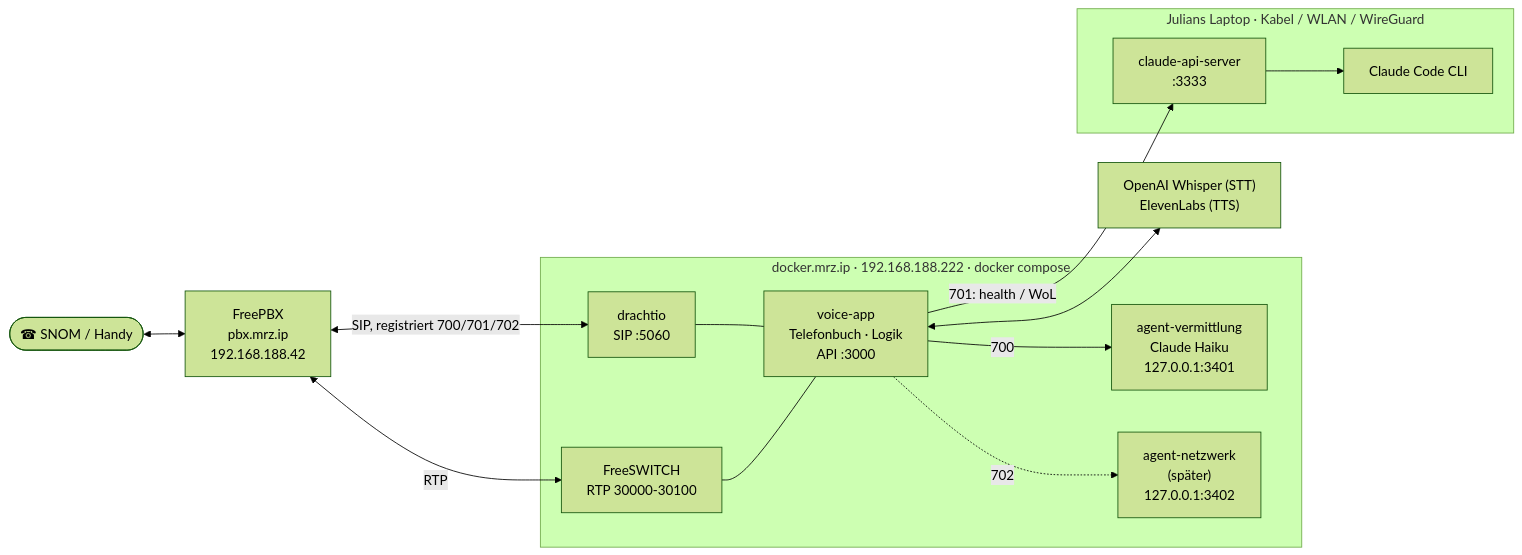
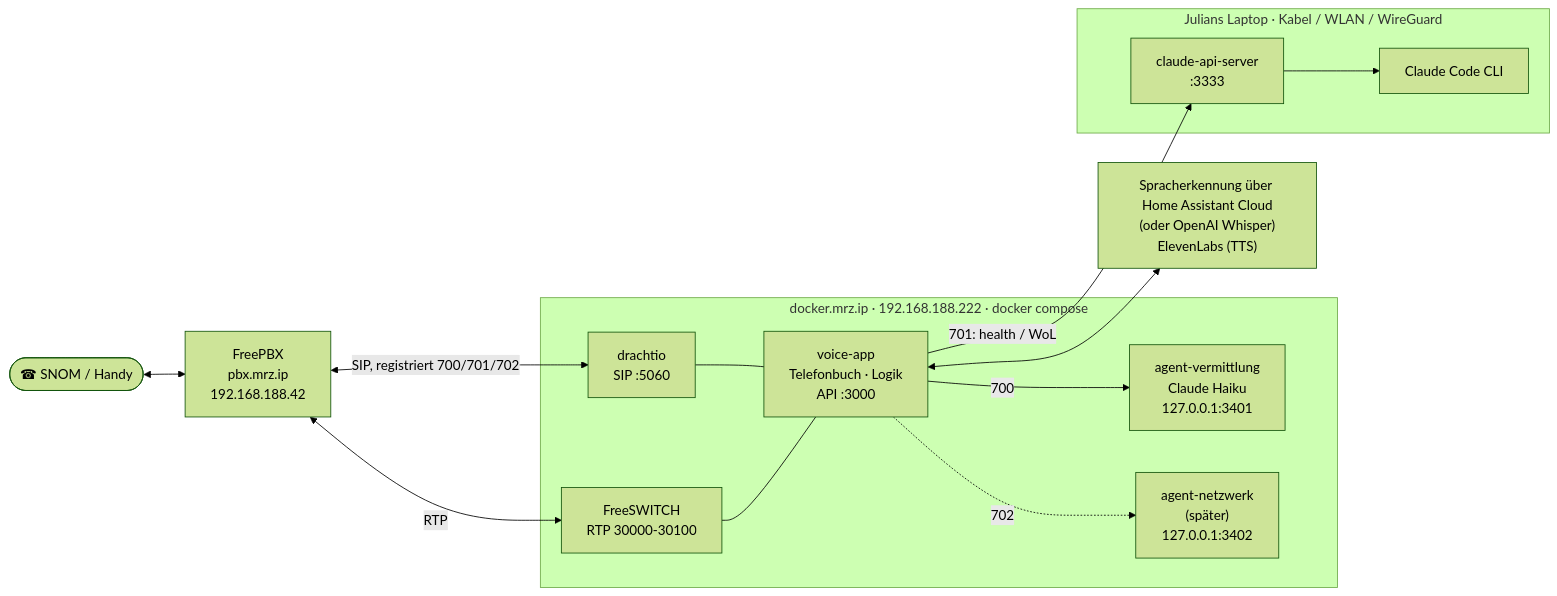
Before and after one commit to dajuly20/claude-phone-freepbx: the first of 4 diagrams in README.md, drawn with Mermaid (forest theme). The commit also changed other lines of this file and 4 other files, not shown here.

First line of the commit message:
feat: Spracherkennung über Home Assistant (STT_PROVIDER=homeassistant)

````diff
--- a/README.md
+++ b/README.md
@@ -32,31 +32,31 @@
 ```mermaid
 flowchart LR
     phone(["☎ SNOM / Handy"])
     pbx["FreePBX<br/>pbx.mrz.ip<br/>192.168.188.42"]
 
     subgraph docker["docker.mrz.ip · 192.168.188.222 · docker compose"]
         drachtio["drachtio<br/>SIP :5060"]
         fs["FreeSWITCH<br/>RTP 30000-30100"]
         voice["voice-app<br/>Telefonbuch · Logik<br/>API :3000"]
         vermittlung["agent-vermittlung<br/>Claude Haiku<br/>127.0.0.1:3401"]
         netzwerk["agent-netzwerk<br/>(später)<br/>127.0.0.1:3402"]
     end
 
     subgraph laptop["Julians Laptop · Kabel / WLAN / WireGuard"]
         api["claude-api-server<br/>:3333"]
         cc["Claude Code CLI"]
     end
 
-    cloud["OpenAI Whisper (STT)<br/>ElevenLabs (TTS)"]
+    cloud["Spracherkennung über Home Assistant Cloud<br/>(oder OpenAI Whisper)<br/>ElevenLabs (TTS)"]
 
     phone <--> pbx
     pbx <-- "SIP, registriert 700/701/702" --> drachtio
     pbx <-- RTP --> fs
     drachtio --- voice
     fs --- voice
     voice -- "700" --> vermittlung
     voice -. "702" .-> netzwerk
     voice -- "701: health / WoL" --> api
     api --> cc
     voice <--> cloud
 ```
````
